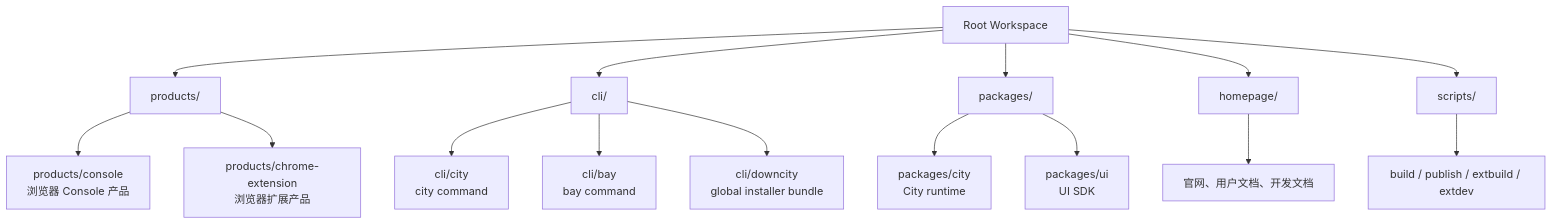
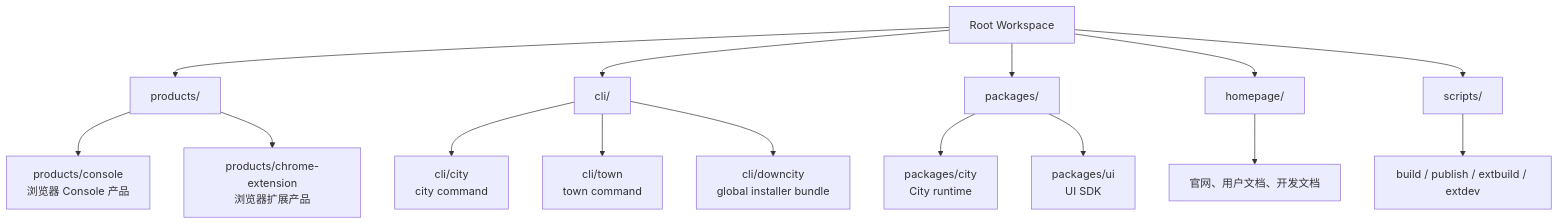
Before and after one commit to wangenius/downcity: the first of 4 diagrams in homepage/content/devdocs/zh/architecture/workspace-package-structure.mdx, drawn with Mermaid. The commit also changed other lines of this file and 1247 other files, not shown here.

````diff
--- a/homepage/content/devdocs/zh/architecture/workspace-package-structure.mdx
+++ b/homepage/content/devdocs/zh/architecture/workspace-package-structure.mdx
@@ -70,20 +70,20 @@
 ```mermaid
 flowchart TD
-    Root["Root Workspace"] --> Bays["products/"]
+    Root["Root Workspace"] --> Towns["products/"]
     Root --> Cli["cli/"]
     Root --> Packages["packages/"]
     Root --> Homepage["homepage/"]
     Root --> Scripts["scripts/"]
 
-    Bays --> Console["products/console<br/>浏览器 Console 产品"]
-    Bays --> Extension["products/chrome-extension<br/>浏览器扩展产品"]
+    Towns --> Console["products/console<br/>浏览器 Console 产品"]
+    Towns --> Extension["products/chrome-extension<br/>浏览器扩展产品"]
 
     Cli --> CityCli["cli/city<br/>city command"]
-    Cli --> BayCli["cli/bay<br/>bay command"]
+    Cli --> BayCli["cli/town<br/>town command"]
     Cli --> Bundle["cli/downcity<br/>global installer bundle"]
     Packages --> Runtime["packages/city<br/>City runtime"]
     Packages --> UI["packages/ui<br/>UI SDK"]
 
     Homepage --> Site["官网、用户文档、开发文档"]
     Scripts --> Build["build / publish / extbuild / extdev"]
 ```
````
